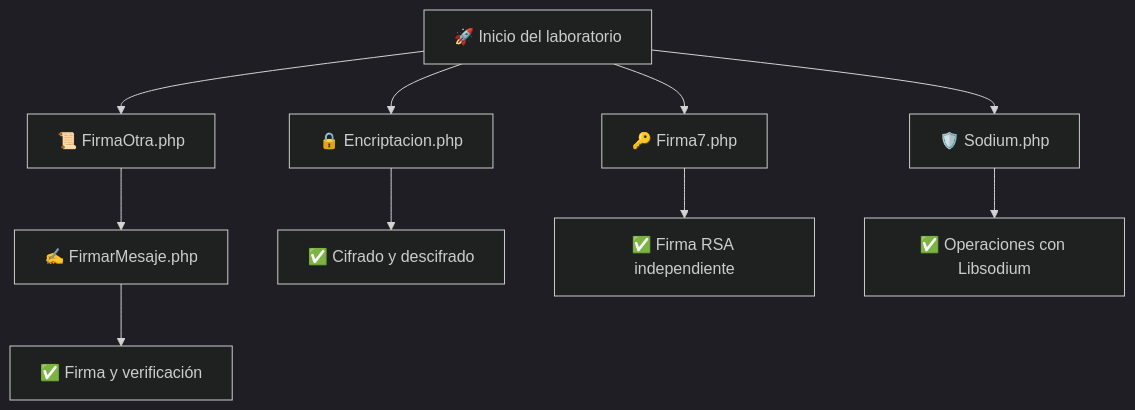
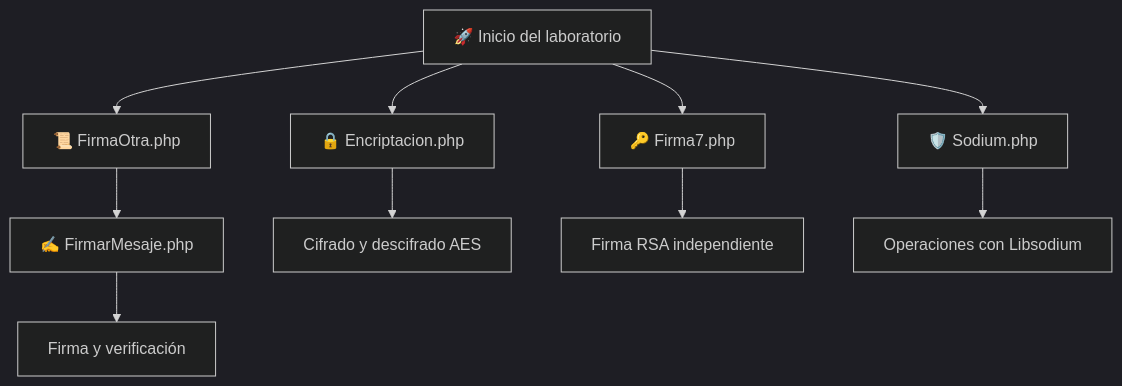
The diagram in README.md (MarcosNavarro-gif/-Laboratorio-de-OpenSSL), drawn with Mermaid (dark theme) before and after one commit. The commit also changed other lines of this file, not shown here.

````diff
--- a/README.md
+++ b/README.md
@@ -227,13 +284,13 @@
 ```mermaid
 flowchart TD
     A["🚀 Inicio del laboratorio"] --> B["🔒 Encriptacion.php"]
     A --> C["📜 FirmaOtra.php"]
     C --> D["✍️ FirmarMesaje.php"]
     A --> E["🔑 Firma7.php"]
     A --> F["🛡️ Sodium.php"]
 
-    B --> G["✅ Cifrado y descifrado"]
-    D --> H["✅ Firma y verificación"]
-    E --> I["✅ Firma RSA independiente"]
-    F --> J["✅ Operaciones con Libsodium"]
+    B --> G["Cifrado y descifrado AES"]
+    D --> H["Firma y verificación"]
+    E --> I["Firma RSA independiente"]
+    F --> J["Operaciones con Libsodium"]
 ```
````
